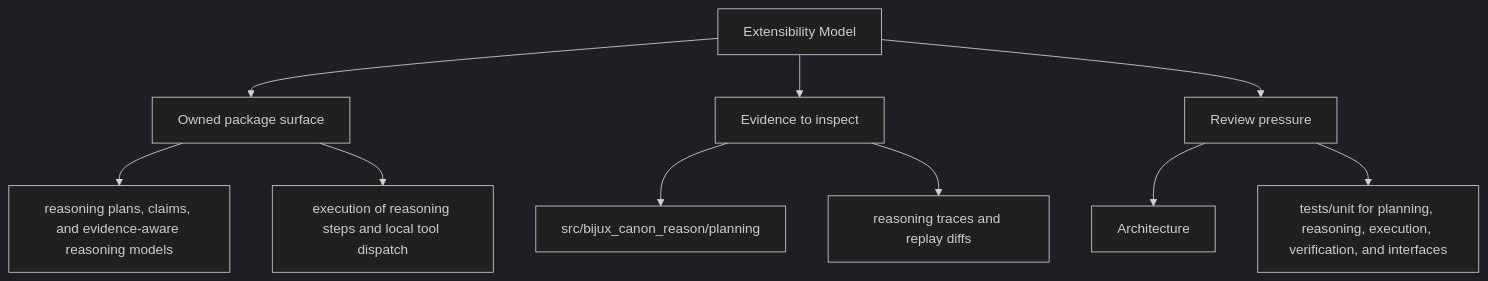
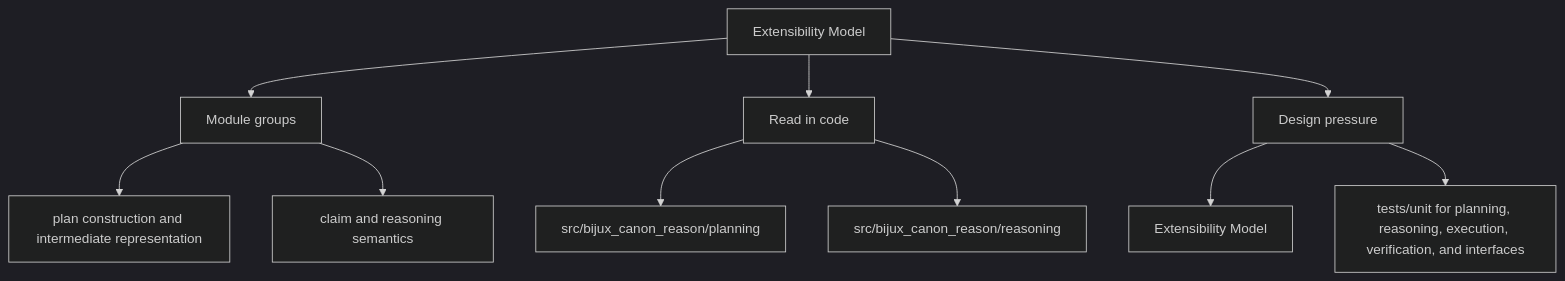
Before and after one commit to bijux/bijux-canon: the second of 2 diagrams in docs/bijux-canon-reason/architecture/extensibility-model.md, drawn with Mermaid (dark theme). The commit also changed other lines of this file and 250 other files, not shown here.

Commit message:
docs(diagrams): make product page maps more readable

````diff
--- a/docs/bijux-canon-reason/architecture/extensibility-model.md
+++ b/docs/bijux-canon-reason/architecture/extensibility-model.md
@@ -34,22 +34,22 @@
 ```mermaid
 flowchart TD
     page["Extensibility Model"]
-    focus1["Owned package surface"]
+    focus1["Module groups"]
     page --> focus1
-    focus1_1["reasoning plans, claims, and evidence-aware reasoning models"]
+    focus1_1["plan construction and intermediate representation"]
     focus1 --> focus1_1
-    focus1_2["execution of reasoning steps and local tool dispatch"]
+    focus1_2["claim and reasoning semantics"]
     focus1 --> focus1_2
-    focus2["Evidence to inspect"]
+    focus2["Read in code"]
     page --> focus2
     focus2_1["src/bijux_canon_reason/planning"]
     focus2 --> focus2_1
-    focus2_2["reasoning traces and replay diffs"]
+    focus2_2["src/bijux_canon_reason/reasoning"]
     focus2 --> focus2_2
-    focus3["Review pressure"]
+    focus3["Design pressure"]
     page --> focus3
-    focus3_1["Architecture"]
+    focus3_1["Extensibility Model"]
     focus3 --> focus3_1
     focus3_2["tests/unit for planning, reasoning, execution, verification, and interfaces"]
     focus3 --> focus3_2
 ```
````
